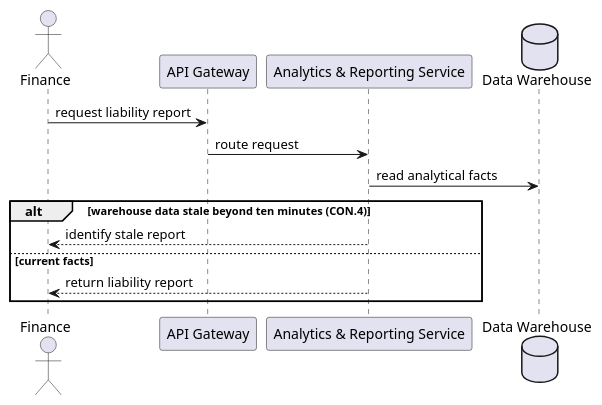
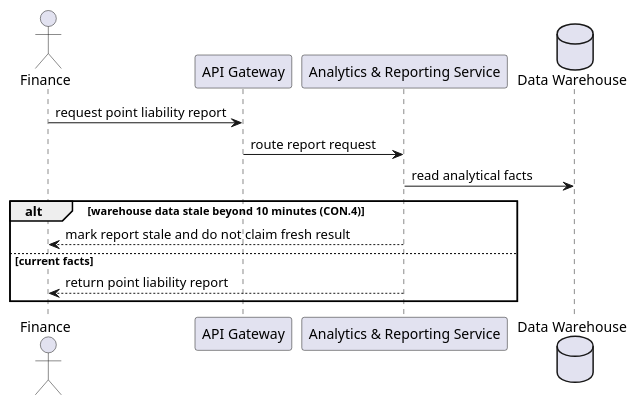
The fourth of 6 diagrams in lab-10-uml-after.md (quangvtuet/loyalty_system_docs), drawn with PlantUML before and after one commit. The commit also changed other lines of this file and 3 other files, not shown here.

````diff
--- a/lab-10-uml-after.md
+++ b/lab-10-uml-after.md
@@ -99,16 +118,16 @@
 ```plantuml
 @startuml
 actor Finance
 participant "API Gateway" as Gateway
 participant "Analytics & Reporting Service" as Analytics
 database "Data Warehouse" as Warehouse
-Finance -> Gateway: request liability report
-Gateway -> Analytics: route request
-Analytics -> Warehouse: read analytical facts
-alt warehouse data stale beyond ten minutes (CON.4)
-  Analytics --> Finance: identify stale report
+Finance -> Gateway : request point liability report
+Gateway -> Analytics : route report request
+Analytics -> Warehouse : read analytical facts
+alt warehouse data stale beyond 10 minutes (CON.4)
+  Analytics --> Finance : mark report stale and do not claim fresh result
 else current facts
-  Analytics --> Finance: return liability report
+  Analytics --> Finance : return point liability report
 end
 @enduml
 ```
````
